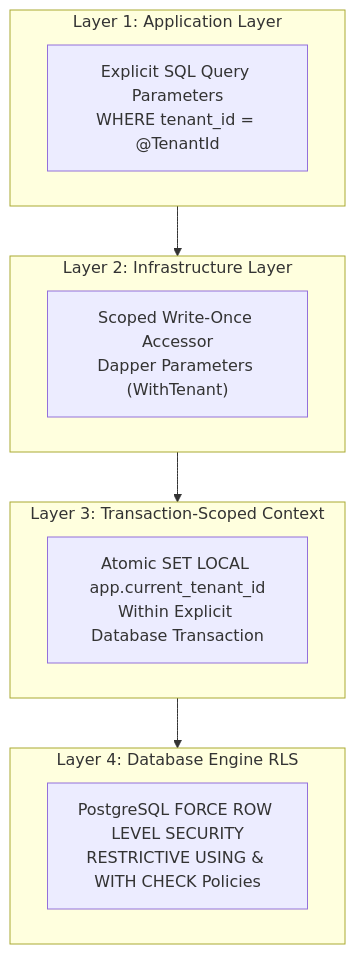
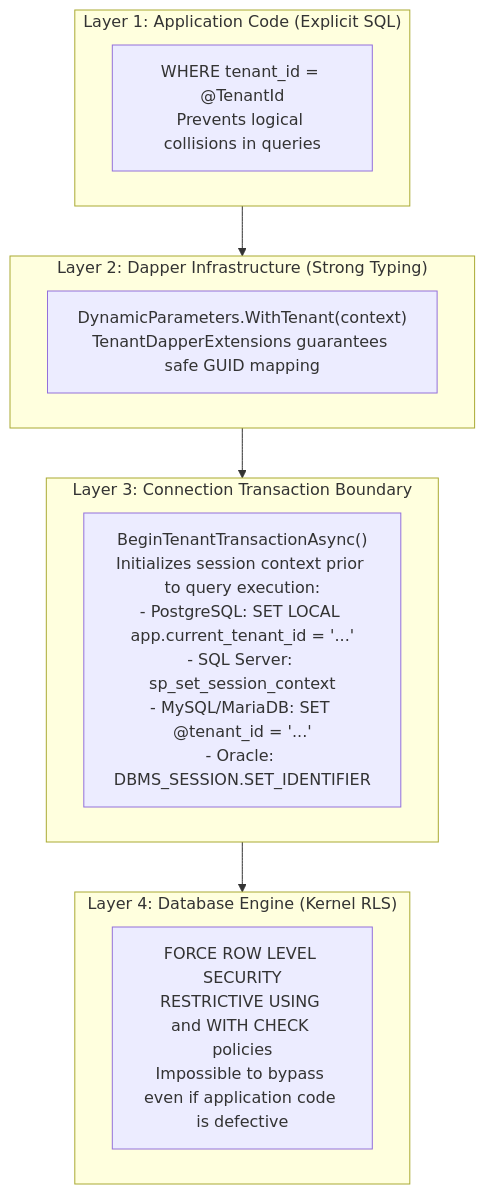
The fourth of 7 diagrams in docs/diagrams.md (ericksonlopezf/dotnet-multitenancy), drawn with Mermaid before and after one commit. The commit also changed other lines of this file and 230 other files, not shown here.

````diff
--- a/docs/diagrams.md
+++ b/docs/diagrams.md
@@ -9,22 +182,22 @@
 ```mermaid
 flowchart TD
-    subgraph L1["Layer 1: Application Layer"]
-        L1_Desc["Explicit SQL Query Parameters\nWHERE tenant_id = @TenantId"]
+    subgraph L1["Layer 1: Application Code (Explicit SQL)"]
+        L1_SQL["WHERE tenant_id = @TenantId\nPrevents logical collisions in queries"]
     end
 
-    subgraph L2["Layer 2: Infrastructure Layer"]
-        L2_Desc["Scoped Write-Once Accessor\nDapper Parameters (WithTenant)"]
+    subgraph L2["Layer 2: Dapper Infrastructure (Strong Typing)"]
+        L2_Params["DynamicParameters.WithTenant(context)\nTenantDapperExtensions guarantees safe GUID mapping"]
     end
 
-    subgraph L3["Layer 3: Transaction-Scoped Context"]
-        L3_Desc["Atomic SET LOCAL app.current_tenant_id\nWithin Explicit Database Transaction"]
+    subgraph L3["Layer 3: Connection Transaction Boundary"]
+        L3_Tx["BeginTenantTransactionAsync()\nInitializes session context prior to query execution:\n- PostgreSQL: SET LOCAL app.current_tenant_id = '...'\n- SQL Server: sp_set_session_context\n- MySQL/MariaDB: SET @tenant_id = '...'\n- Oracle: DBMS_SESSION.SET_IDENTIFIER"]
     end
 
-    subgraph L4["Layer 4: Database Engine RLS"]
-        L4_Desc["PostgreSQL FORCE ROW LEVEL SECURITY\nRESTRICTIVE USING & WITH CHECK Policies"]
+    subgraph L4["Layer 4: Database Engine (Kernel RLS)"]
+        L4_Engine["FORCE ROW LEVEL SECURITY\nRESTRICTIVE USING and WITH CHECK policies\nImpossible to bypass even if application code is defective"]
     end
 
     L1 --> L2
     L2 --> L3
     L3 --> L4
 ```
````
